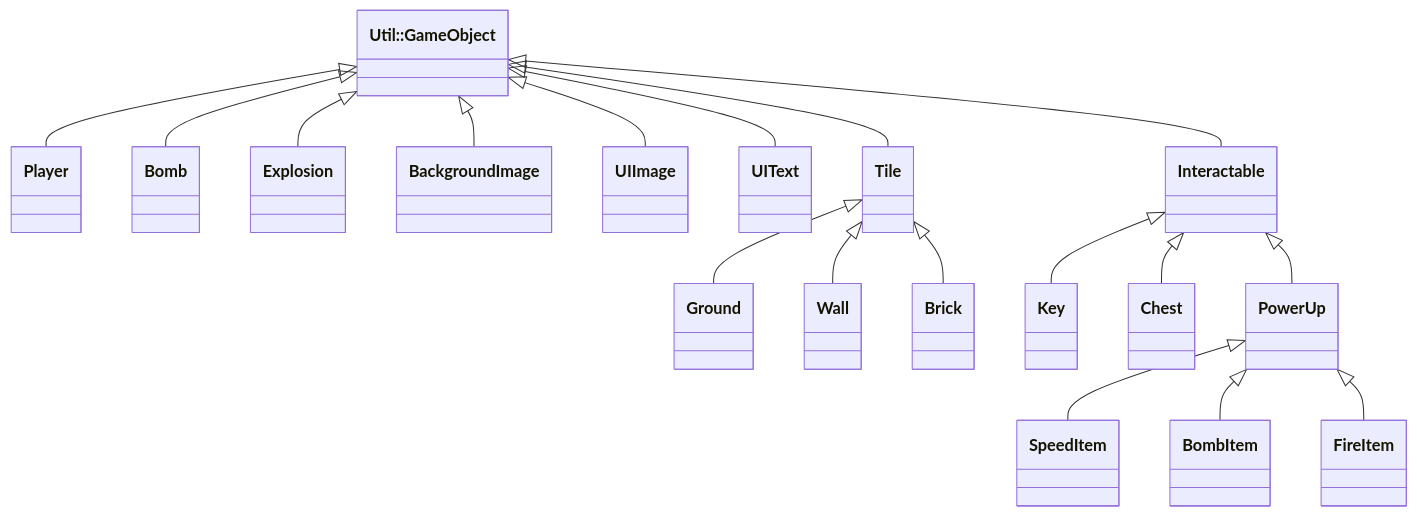
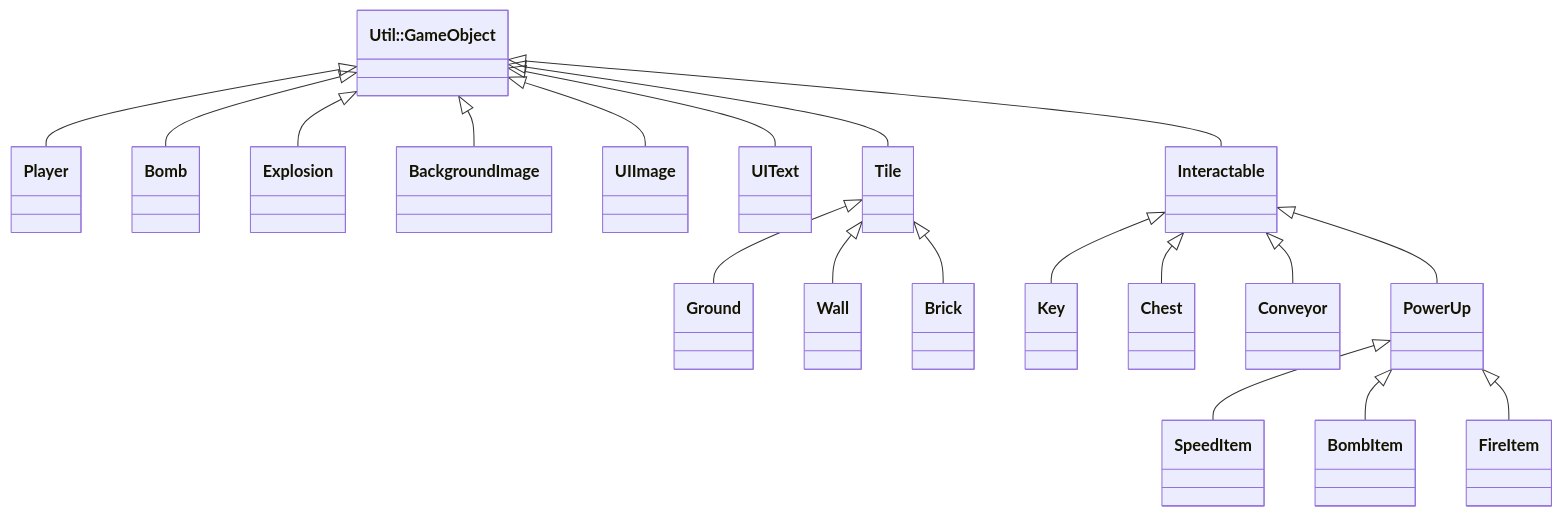
One commit to chingyen06/OOPL-Super-Bomberman changed the first of 2 diagrams in Proposal.md. Above: the diagram before and after it, drawn with Mermaid. The commit also changed other lines of this file and 15 other files, not shown here.

````diff
--- a/Proposal.md
+++ b/Proposal.md
@@ -163,29 +126,30 @@
 ```mermaid
 classDiagram
     direction TB
     class GameObject["Util::GameObject"]
     class Interactable
     class Tile
     class PowerUp
 
     GameObject <|-- Player
     GameObject <|-- Bomb
     GameObject <|-- Explosion
     GameObject <|-- BackgroundImage
     GameObject <|-- UIImage
     GameObject <|-- UIText
 
     GameObject <|-- Tile
     Tile <|-- Ground
     Tile <|-- Wall
     Tile <|-- Brick
 
     GameObject <|-- Interactable
     Interactable <|-- Key
     Interactable <|-- Chest
+    Interactable <|-- Conveyor
     Interactable <|-- PowerUp
     
     PowerUp <|-- SpeedItem
     PowerUp <|-- BombItem
     PowerUp <|-- FireItem
 ```
````
